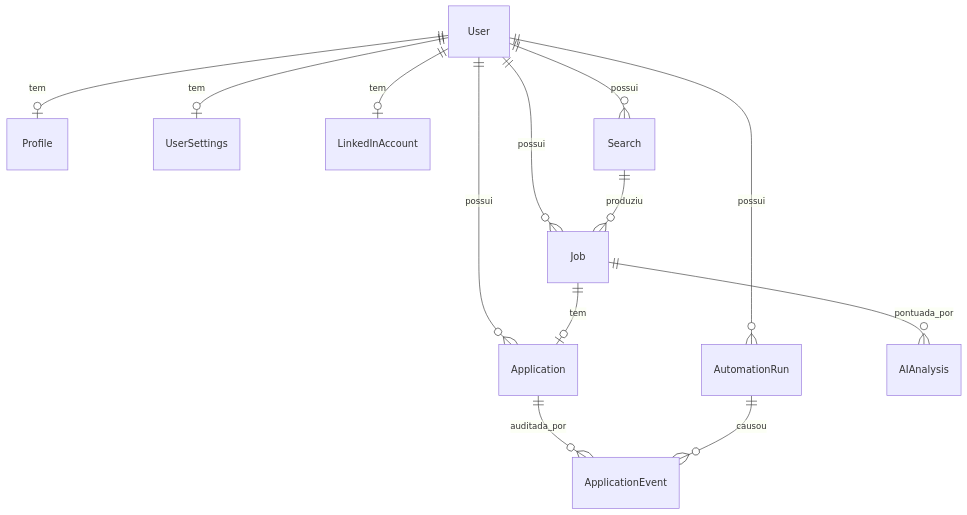
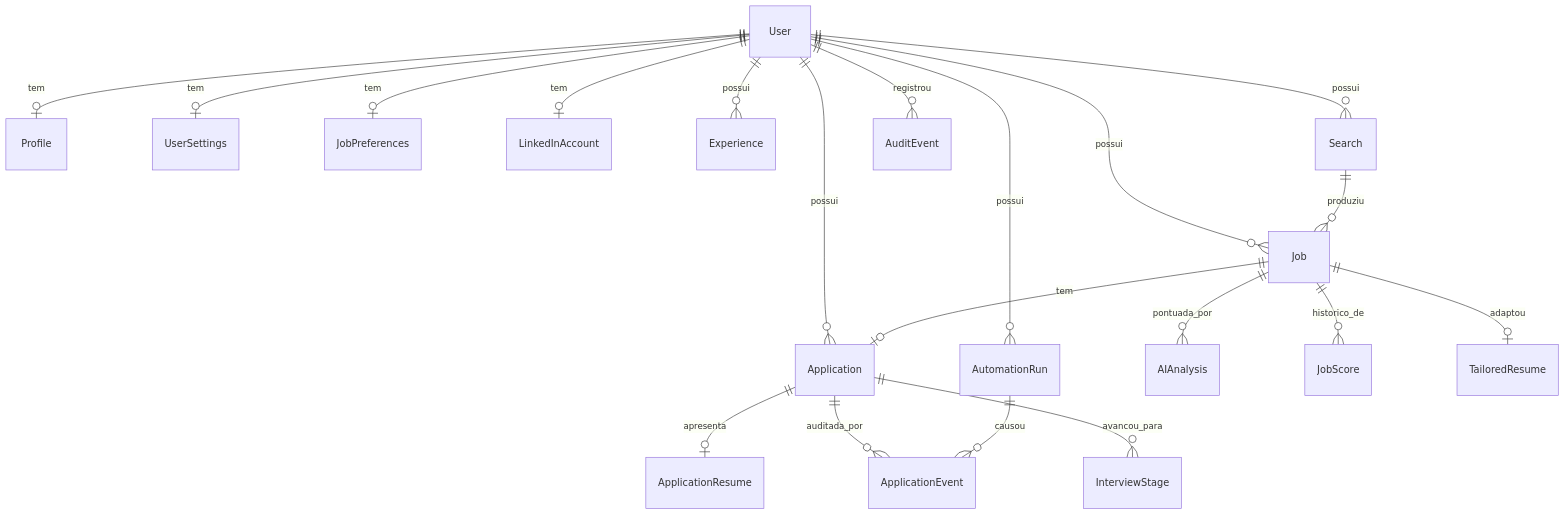
Before and after one commit to joaovictorgcu/smart-job-apply: the second of 3 diagrams in docs/architecture.md, drawn with Mermaid. The commit also changed other lines of this file and 2 other files, not shown here.

First line of the commit message:
docs: describe job preferences, and stop under-counting the schema

````diff
--- a/docs/architecture.md
+++ b/docs/architecture.md
@@ -66,15 +66,22 @@
 ```mermaid
 erDiagram
     User ||--o| Profile : tem
     User ||--o| UserSettings : tem
+    User ||--o| JobPreferences : tem
     User ||--o| LinkedInAccount : tem
+    User ||--o{ Experience : possui
     User ||--o{ Search : possui
     User ||--o{ Job : possui
     User ||--o{ Application : possui
     User ||--o{ AutomationRun : possui
+    User ||--o{ AuditEvent : registrou
     Search ||--o{ Job : produziu
     Job ||--o| Application : tem
     Job ||--o{ AIAnalysis : pontuada_por
+    Job ||--o{ JobScore : historico_de
+    Job ||--o| TailoredResume : adaptou
+    Application ||--o| ApplicationResume : apresenta
     Application ||--o{ ApplicationEvent : auditada_por
+    Application ||--o{ InterviewStage : avancou_para
     AutomationRun ||--o{ ApplicationEvent : causou
 ```
````
